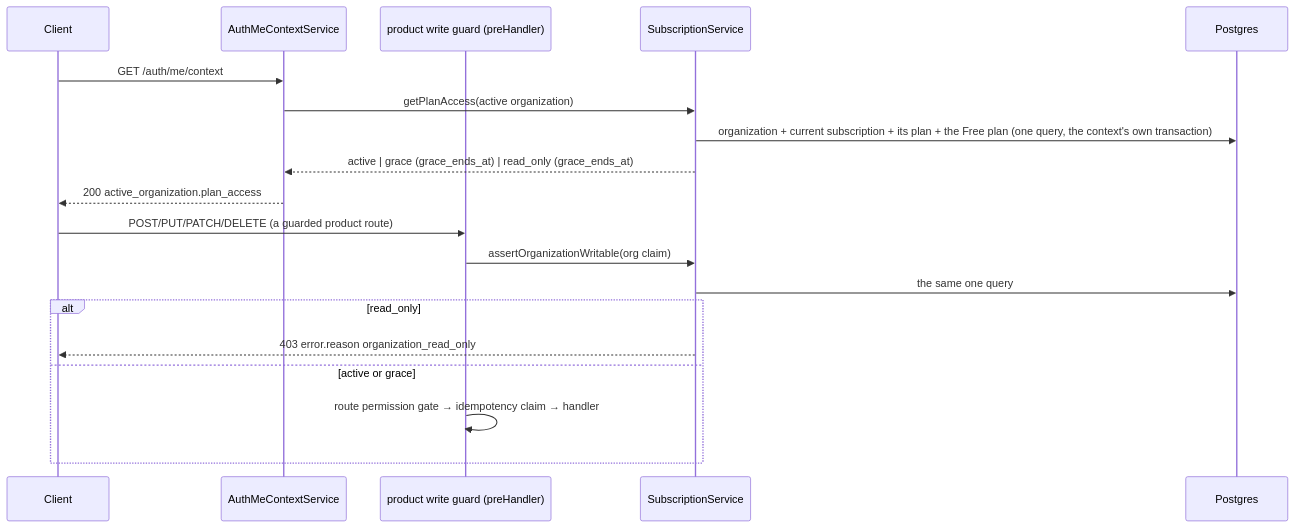
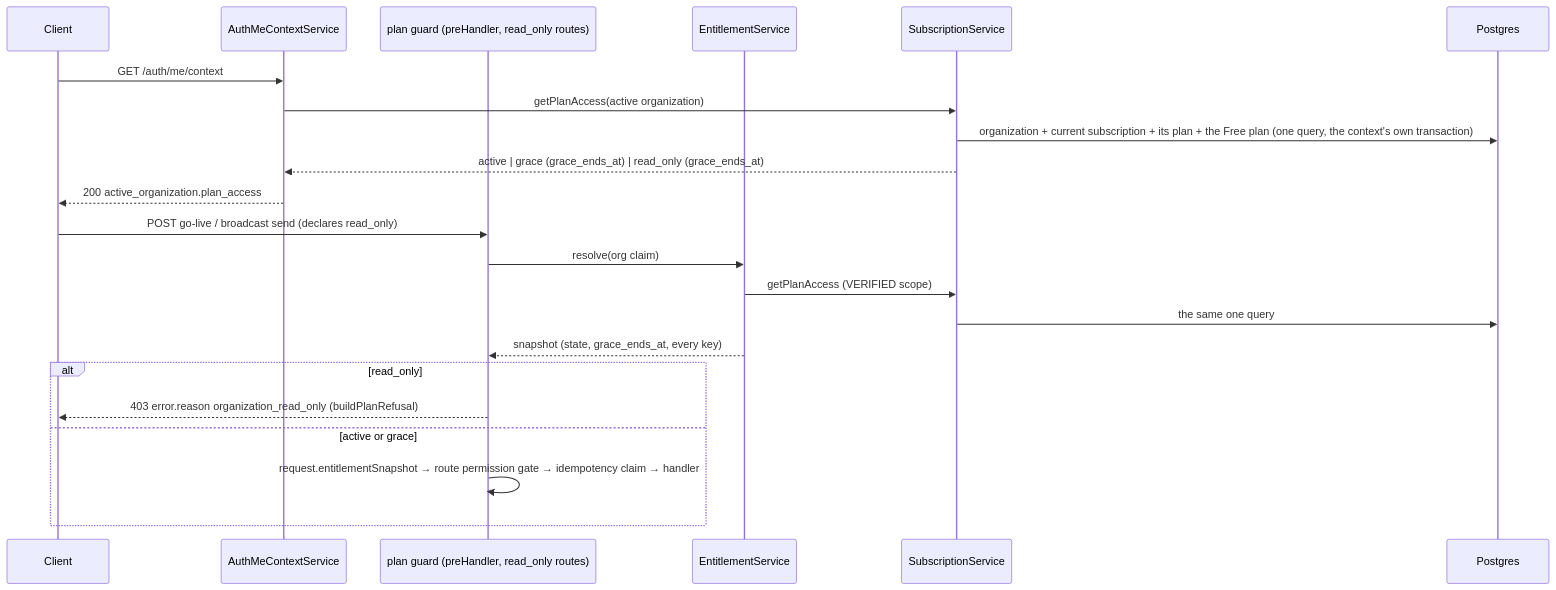
One commit to albetrios/meepzo-be changed the sixth of 17 diagrams in src/FLOWS.md. Above: the diagram before and after it, drawn with Mermaid. The commit also changed other lines of this file and 9 other files, not shown here.

First line of the commit message:
docs: describe the plan-gates pattern and the one read-only plan guard

````diff
--- a/src/FLOWS.md
+++ b/src/FLOWS.md
@@ -340,21 +340,24 @@
 ```mermaid
 sequenceDiagram
   participant Client
   participant Ctx as AuthMeContextService
-  participant Guard as product write guard (preHandler)
+  participant Guard as plan guard (preHandler, read_only routes)
+  participant Ent as EntitlementService
   participant Sub as SubscriptionService
   participant DB as Postgres
   Client->>Ctx: GET /auth/me/context
   Ctx->>Sub: getPlanAccess(active organization)
   Sub->>DB: organization + current subscription + its plan + the Free plan (one query, the context's own transaction)
   Sub-->>Ctx: active | grace (grace_ends_at) | read_only (grace_ends_at)
   Ctx-->>Client: 200 active_organization.plan_access
-  Client->>Guard: POST/PUT/PATCH/DELETE (a guarded product route)
-  Guard->>Sub: assertOrganizationWritable(org claim)
+  Client->>Guard: POST go-live / broadcast send (declares read_only)
+  Guard->>Ent: resolve(org claim)
+  Ent->>Sub: getPlanAccess (VERIFIED scope)
   Sub->>DB: the same one query
+  Ent-->>Guard: snapshot (state, grace_ends_at, every key)
   alt read_only
-    Sub-->>Client: 403 error.reason organization_read_only
+    Guard-->>Client: 403 error.reason organization_read_only (buildPlanRefusal)
   else active or grace
-    Guard->>Guard: route permission gate → idempotency claim → handler
+    Guard->>Guard: request.entitlementSnapshot → route permission gate → idempotency claim → handler
   end
 ```
````
